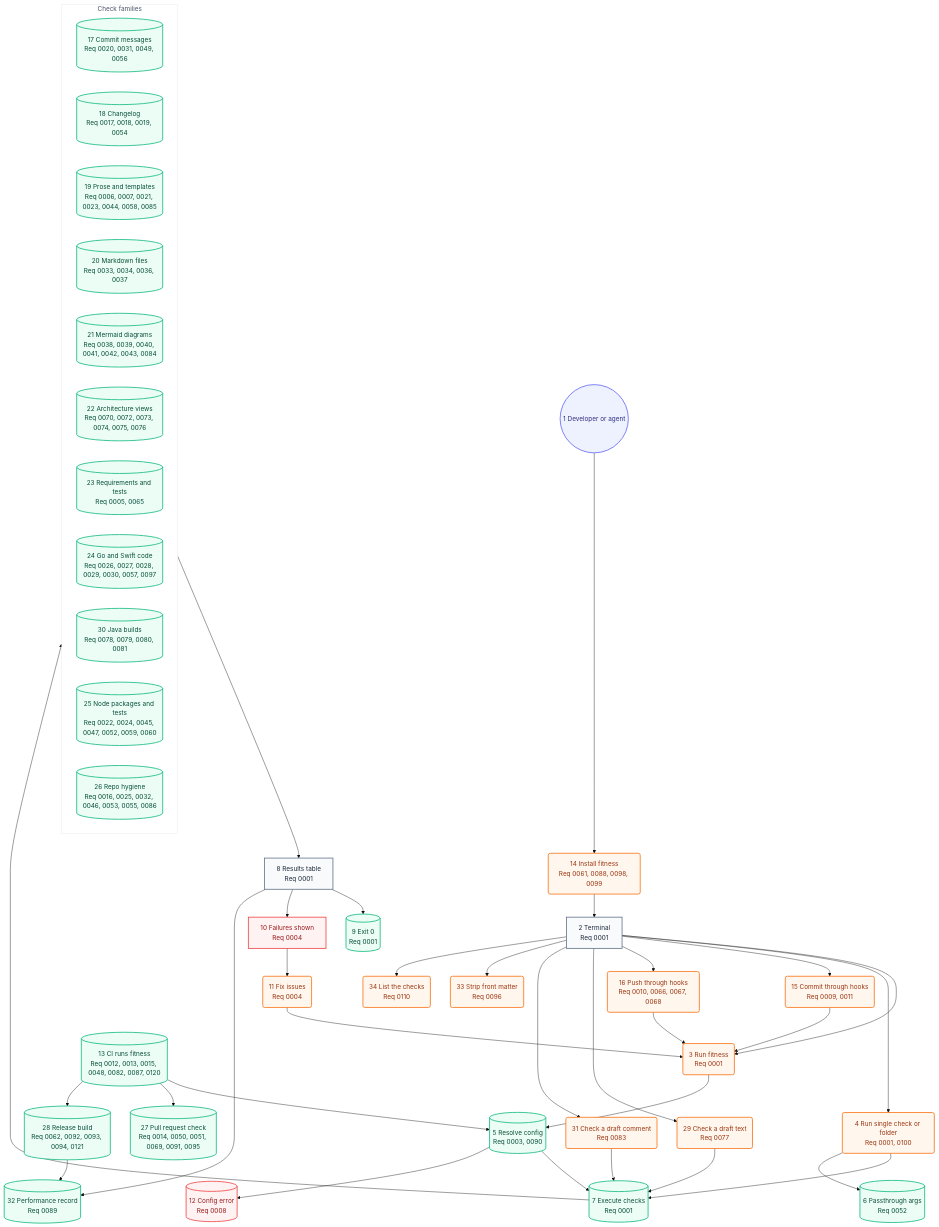
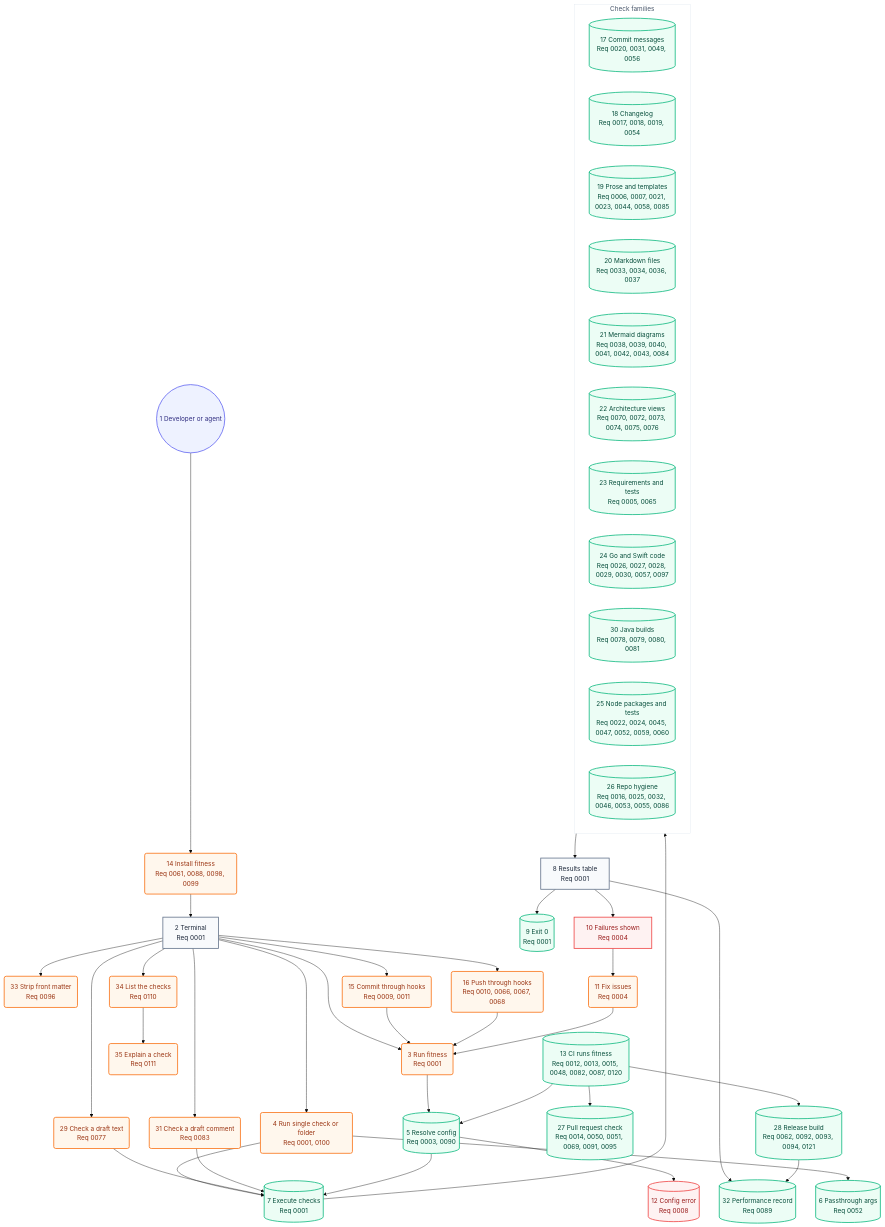
The second of 2 diagrams in docs/architecture/05-user-journey.md (may-journal/fitness-runner), drawn with Mermaid (base theme) before and after one commit. The commit also changed other lines of this file and 14 other files, not shown here.

First line of the commit message:
feat(explain): print a check's documentation from its doc comments

````diff
--- a/docs/architecture/05-user-journey.md
+++ b/docs/architecture/05-user-journey.md
@@ -40,80 +40,82 @@
 ```mermaid
 flowchart TB
     dev((1 Developer or agent)):::persona
     install(14 Install fitness<br/>Req 0061, 0088, 0098, 0099):::action
     terminal[2 Terminal<br/>Req 0001]:::screen
     runFull(3 Run fitness<br/>Req 0001):::action
     runSingle(4 Run single check or folder<br/>Req 0001, 0100):::action
     runBlob(29 Check a draft text<br/>Req 0077):::action
     runComment(31 Check a draft comment<br/>Req 0083):::action
     stripFront(33 Strip front matter<br/>Req 0096):::action
     listChecks(34 List the checks<br/>Req 0110):::action
+    explainCheck(35 Explain a check<br/>Req 0111):::action
     commitHook(15 Commit through hooks<br/>Req 0009, 0011):::action
     pushHook(16 Push through hooks<br/>Req 0010, 0066, 0067, 0068):::action
     resolveConfig[(5 Resolve config<br/>Req 0003, 0090)]:::system
     passArgs[(6 Passthrough args<br/>Req 0052)]:::system
     executeChecks[(7 Execute checks<br/>Req 0001)]:::system
 
     subgraph checks["Check families"]
         commitChecks[(17 Commit messages<br/>Req 0020, 0031, 0049, 0056)]:::system
         changelogChecks[(18 Changelog<br/>Req 0017, 0018, 0019, 0054)]:::system
         proseChecks[(19 Prose and templates<br/>Req 0006, 0007, 0021, 0023, 0044, 0058, 0085)]:::system
         markdownChecks[(20 Markdown files<br/>Req 0033, 0034, 0036, 0037)]:::system
         mermaidChecks[(21 Mermaid diagrams<br/>Req 0038, 0039, 0040, 0041, 0042, 0043, 0084)]:::system
         architectureChecks[(22 Architecture views<br/>Req 0070, 0072, 0073, 0074, 0075, 0076)]:::system
         requirementChecks[(23 Requirements and tests<br/>Req 0005, 0065)]:::system
         goSwiftChecks[(24 Go and Swift code<br/>Req 0026, 0027, 0028, 0029, 0030, 0057, 0097)]:::system
         javaChecks[(30 Java builds<br/>Req 0078, 0079, 0080, 0081)]:::system
         nodeChecks[(25 Node packages and tests<br/>Req 0022, 0024, 0045, 0047, 0052, 0059, 0060)]:::system
         repoChecks[(26 Repo hygiene<br/>Req 0016, 0025, 0032, 0046, 0053, 0055, 0086)]:::system
     end
 
     resultsTable[8 Results table<br/>Req 0001]:::screen
     exitZero[(9 Exit 0<br/>Req 0001)]:::system
     failuresShown[10 Failures shown<br/>Req 0004]:::blocked
     fixIssues(11 Fix issues<br/>Req 0004):::action
     configError[(12 Config error<br/>Req 0008)]:::blocked
     ciRun[(13 CI runs fitness<br/>Req 0012, 0013, 0015, 0048, 0082, 0087, 0120)]:::system
     prCheck[(27 Pull request check<br/>Req 0014, 0050, 0051, 0069, 0091, 0095)]:::system
     release[(28 Release build<br/>Req 0062, 0092, 0093, 0094, 0121)]:::system
     perfRecord[(32 Performance record<br/>Req 0089)]:::system
 
     dev --> install
     install --> terminal
     terminal --> runFull
     terminal --> runSingle
     terminal --> commitHook
     terminal --> pushHook
     terminal --> runBlob
     terminal --> runComment
     terminal --> stripFront
     terminal --> listChecks
+    listChecks --> explainCheck
     commitHook --> runFull
     pushHook --> runFull
     runFull --> resolveConfig
     runSingle --> executeChecks
     runSingle --> passArgs
     runBlob --> executeChecks
     runComment --> executeChecks
     resolveConfig --> executeChecks
     resolveConfig --> configError
     executeChecks --> checks
     checks --> resultsTable
     resultsTable --> exitZero
     resultsTable --> failuresShown
     failuresShown --> fixIssues
     fixIssues --> runFull
     ciRun --> resolveConfig
     ciRun --> prCheck
     ciRun --> release
     resultsTable --> perfRecord
     release --> perfRecord
 
     classDef persona fill:#eef2ff,stroke:#6366f1,color:#312e81,stroke-width:2px
     classDef screen fill:#f8fafc,stroke:#64748b,color:#1e293b,stroke-width:2px
     classDef action fill:#fff7ed,stroke:#f97316,color:#9a3412,stroke-width:2px
     classDef system fill:#ecfdf5,stroke:#10b981,color:#064e3b,stroke-width:2px
     classDef blocked fill:#fef2f2,stroke:#ef4444,color:#991b1b,stroke-width:2px
 
     style checks fill:#ffffff,stroke:#e2e8f0,color:#475569,stroke-width:1px
 ```
````
